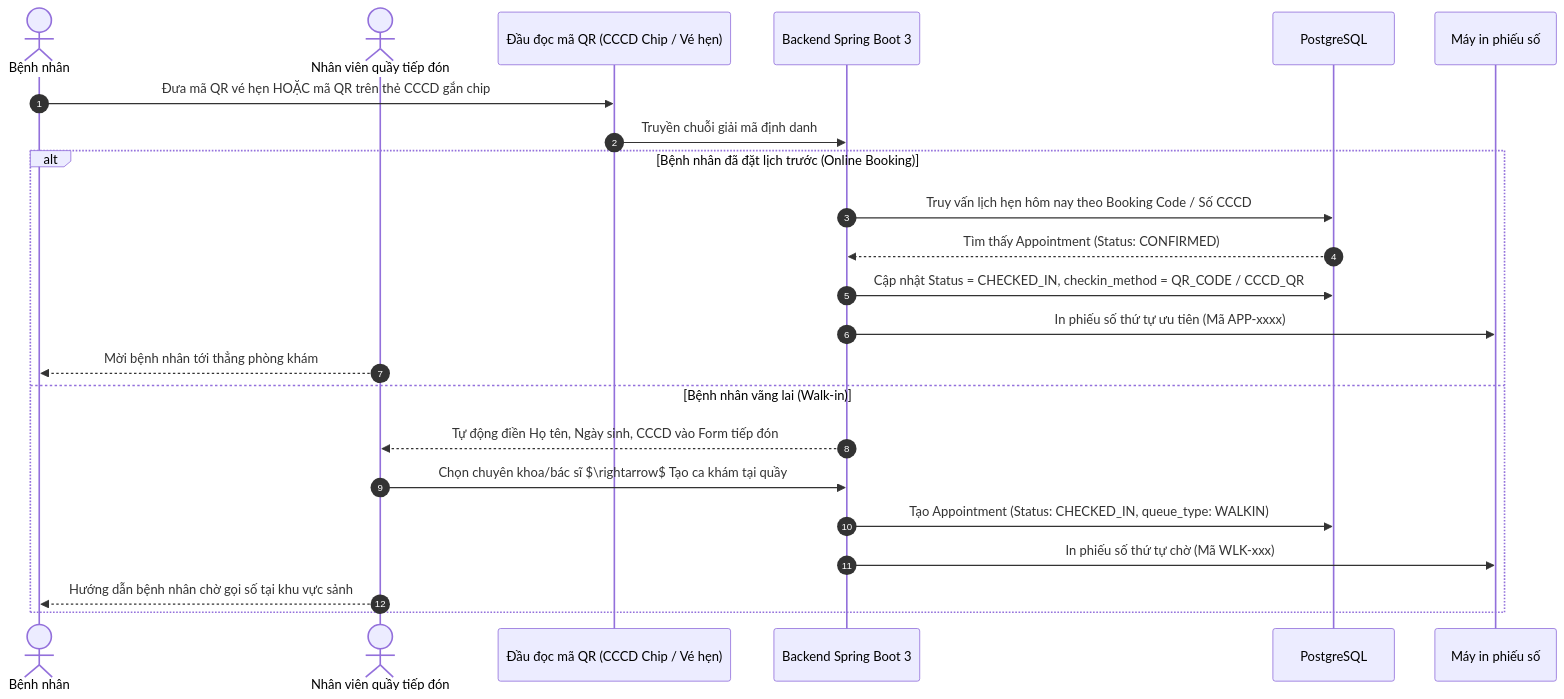
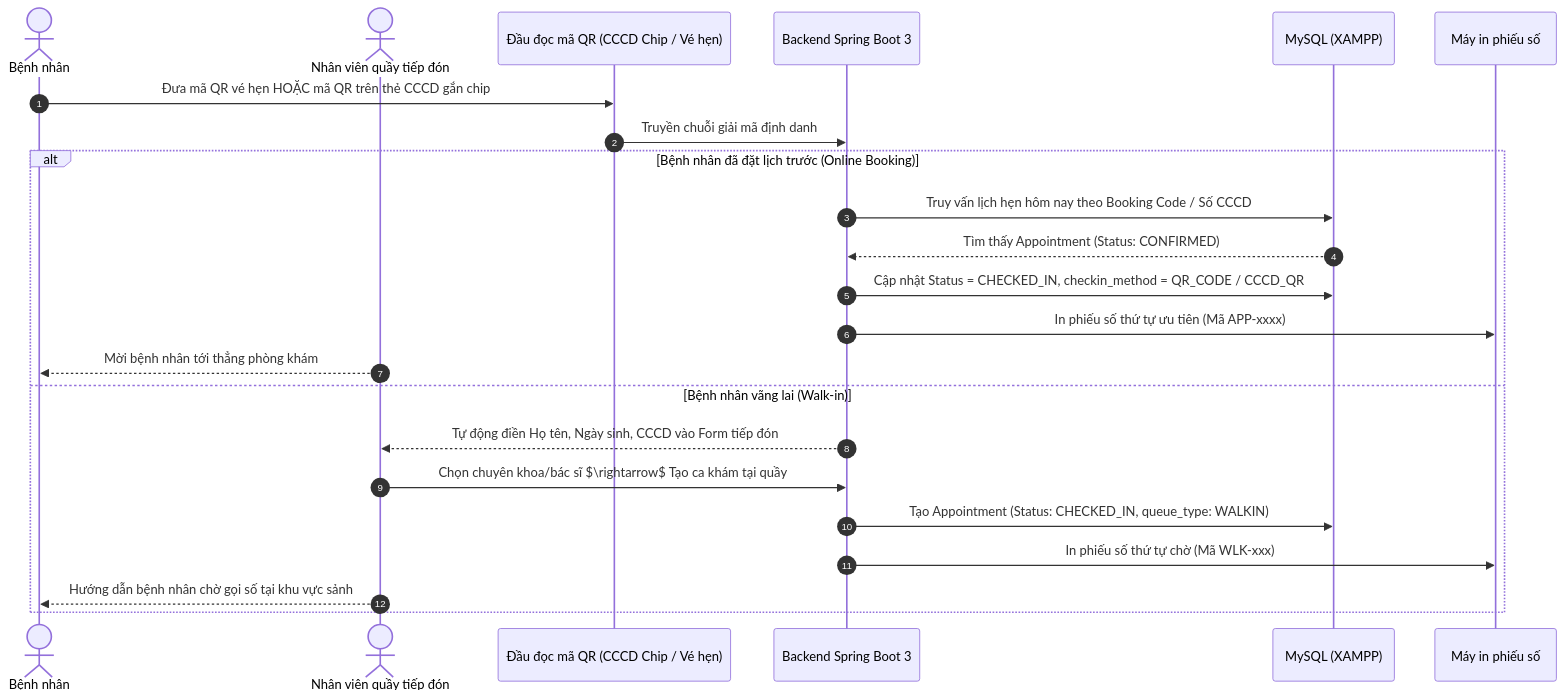
The second of 3 diagrams in De_Xuat_Du_An_MedSched_Nhom.md (kietphuchau-create/KeHoach_Js2), drawn with Mermaid before and after one commit. The commit also changed other lines of this file and 29 other files, not shown here.

````diff
--- a/De_Xuat_Du_An_MedSched_Nhom.md
+++ b/De_Xuat_Du_An_MedSched_Nhom.md
@@ -107,27 +107,27 @@
 ```mermaid
 sequenceDiagram
     autonumber
     actor Patient as Bệnh nhân
     actor Staff as Nhân viên quầy tiếp đón
     participant SCN as Đầu đọc mã QR (CCCD Chip / Vé hẹn)
     participant BE as Backend Spring Boot 3
-    participant DB as PostgreSQL
+    participant DB as MySQL (XAMPP)
     participant PRN as Máy in phiếu số
 
     Patient->>SCN: Đưa mã QR vé hẹn HOẶC mã QR trên thẻ CCCD gắn chip
     SCN->>BE: Truyền chuỗi giải mã định danh
     
     alt Bệnh nhân đã đặt lịch trước (Online Booking)
         BE->>DB: Truy vấn lịch hẹn hôm nay theo Booking Code / Số CCCD
         DB-->>BE: Tìm thấy Appointment (Status: CONFIRMED)
         BE->>DB: Cập nhật Status = CHECKED_IN, checkin_method = QR_CODE / CCCD_QR
         BE->>PRN: In phiếu số thứ tự ưu tiên (Mã APP-xxxx)
         Staff-->>Patient: Mời bệnh nhân tới thẳng phòng khám
     else Bệnh nhân vãng lai (Walk-in)
         BE-->>Staff: Tự động điền Họ tên, Ngày sinh, CCCD vào Form tiếp đón
         Staff->>BE: Chọn chuyên khoa/bác sĩ $\rightarrow$ Tạo ca khám tại quầy
         BE->>DB: Tạo Appointment (Status: CHECKED_IN, queue_type: WALKIN)
         BE->>PRN: In phiếu số thứ tự chờ (Mã WLK-xxx)
         Staff-->>Patient: Hướng dẫn bệnh nhân chờ gọi số tại khu vực sảnh
     end
 ```
````
